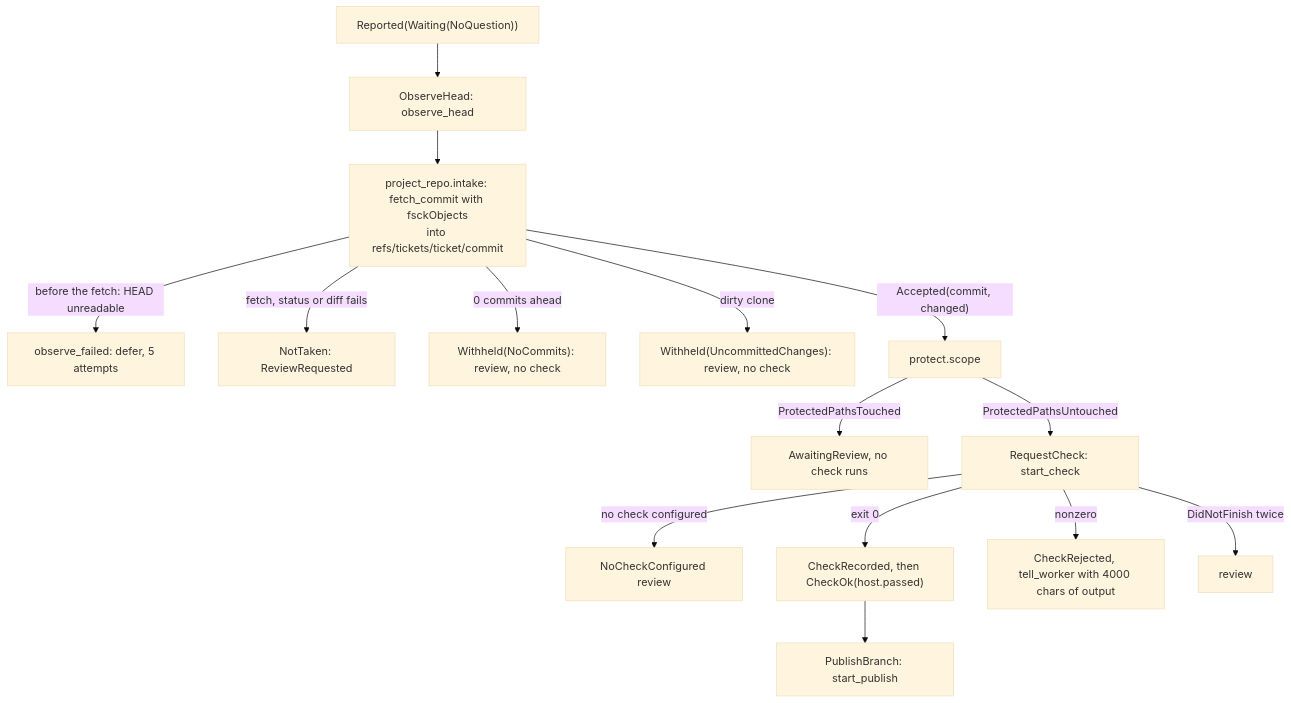
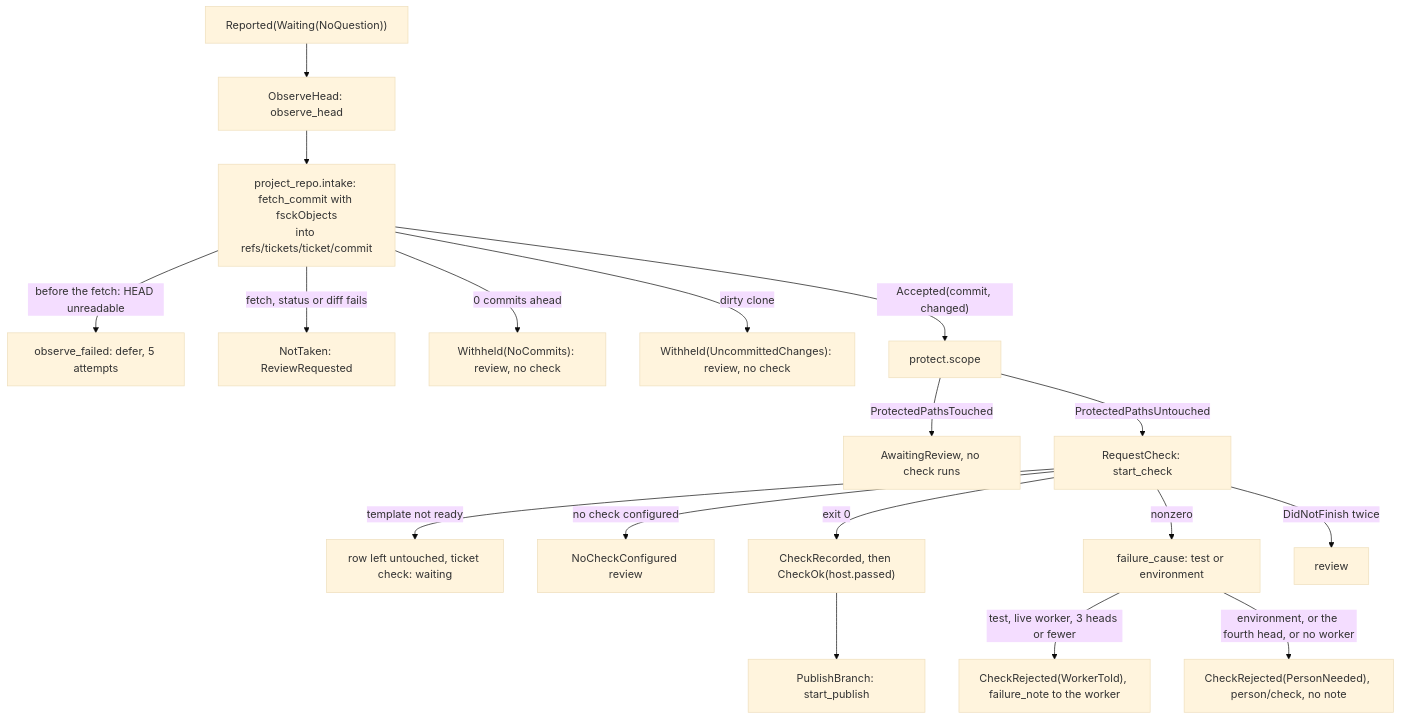
Before and after one commit to Roasbeef/loom: the sixth of 14 diagrams in docs/architecture/project-mode.md, drawn with Mermaid (base theme). The commit also changed other lines of this file and 15 other files, not shown here.

````diff
--- a/docs/architecture/project-mode.md
+++ b/docs/architecture/project-mode.md
@@ -215,17 +215,20 @@
 ```mermaid
 flowchart TD
     Report["Reported(Waiting(NoQuestion))"] --> Obs["ObserveHead: observe_head"]
     Obs --> Fetch["project_repo.intake: fetch_commit with fsckObjects<br/>into refs/tickets/ticket/commit"]
     Fetch -- "before the fetch: HEAD unreadable" --> Retry["observe_failed: defer, 5 attempts"]
     Fetch -- "fetch, status or diff fails" --> Declined["NotTaken: ReviewRequested"]
     Fetch -- "0 commits ahead" --> NoCommits["Withheld(NoCommits): review, no check"]
     Fetch -- "dirty clone" --> Dirty["Withheld(UncommittedChanges): review, no check"]
     Fetch -- "Accepted(commit, changed)" --> Scope["protect.scope"]
     Scope -- "ProtectedPathsTouched" --> Review["AwaitingReview, no check runs"]
     Scope -- "ProtectedPathsUntouched" --> Check["RequestCheck: start_check"]
+    Check -- "template not ready" --> Wait["row left untouched, ticket check: waiting"]
     Check -- "no check configured" --> NoCheck["NoCheckConfigured review"]
     Check -- "exit 0" --> Pass["CheckRecorded, then CheckOk(host.passed)"]
-    Check -- "nonzero" --> Fail["CheckRejected, tell_worker with 4000 chars of output"]
+    Check -- "nonzero" --> Class["failure_cause: test or environment"]
+    Class -- "test, live worker, 3 heads or fewer" --> Fail["CheckRejected(WorkerTold), failure_note to the worker"]
+    Class -- "environment, or the fourth head, or no worker" --> Person["CheckRejected(PersonNeeded), person/check, no note"]
     Check -- "DidNotFinish twice" --> Unfinished["review"]
     Pass --> Publish["PublishBranch: start_publish"]
 ```
````
